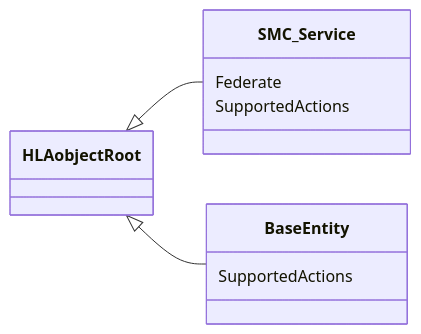
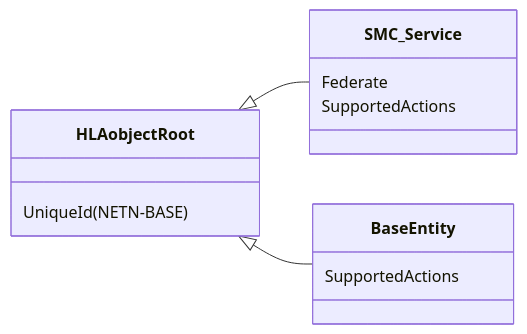
Before and after one commit to AMSP-04/NETN-SMC: the second of 3 diagrams in NETN-SMC.md, drawn with Mermaid. The commit also changed other lines of this file and 1 other file, not shown here.

````diff
--- a/NETN-SMC.md
+++ b/NETN-SMC.md
@@ -43,10 +43,11 @@
 ```mermaid
 classDiagram 
 direction LR
 
 HLAobjectRoot <|-- SMC_Service
 HLAobjectRoot <|-- BaseEntity
+HLAobjectRoot : UniqueId(NETN-BASE)
 SMC_Service : Federate
 SMC_Service : SupportedActions
 BaseEntity : SupportedActions
 ```
````
